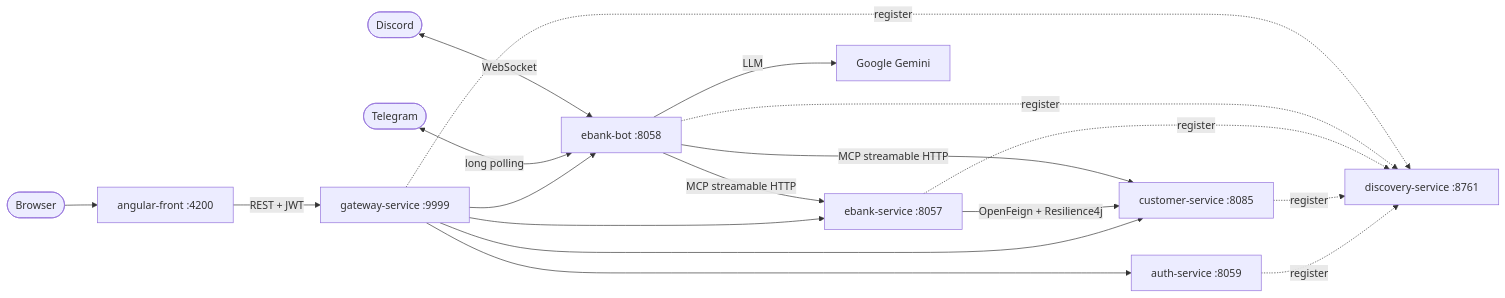
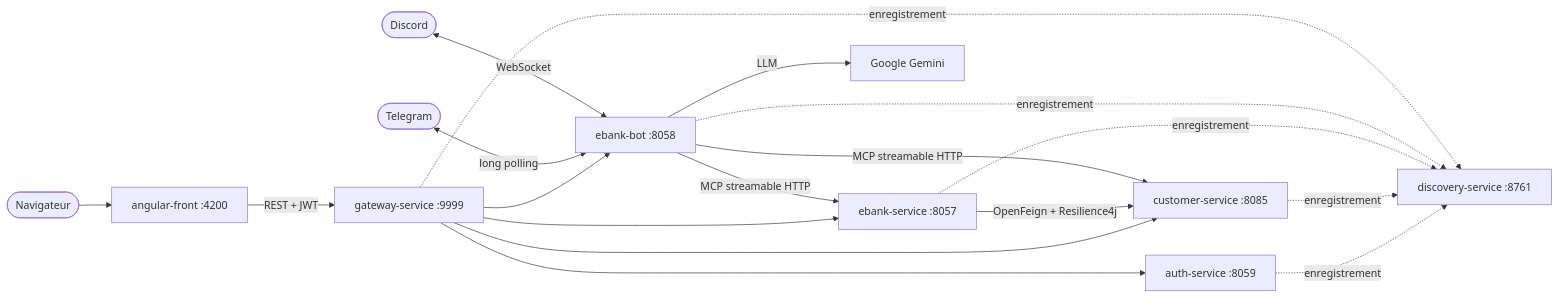
The first of 2 diagrams in README.md (Mustapha-ELMIFDALI/Ebank-App-MicroServices), drawn with Mermaid before and after one commit. The commit also changed other lines of this file, not shown here.

````diff
--- a/README.md
+++ b/README.md
@@ -64,16 +35,16 @@
 ```mermaid
 flowchart LR
-    U([Browser]) --> WEB[angular-front :4200]
+    U([Navigateur]) --> WEB[angular-front :4200]
     WEB -->|REST + JWT| GW[gateway-service :9999]
     GW --> AUTH[auth-service :8059]
     GW --> CS[customer-service :8085]
     GW --> ES[ebank-service :8057]
     GW --> BOT[ebank-bot :8058]
     ES -->|OpenFeign + Resilience4j| CS
     BOT -->|MCP streamable HTTP| CS
     BOT -->|MCP streamable HTTP| ES
     BOT -->|LLM| AI[Google Gemini]
     TG([Telegram]) <-->|long polling| BOT
     DC([Discord]) <-->|WebSocket| BOT
-    AUTH & CS & ES & BOT & GW -.register.-> EU[discovery-service :8761]
+    AUTH & CS & ES & BOT & GW -.enregistrement.-> EU[discovery-service :8761]
 ```
````
